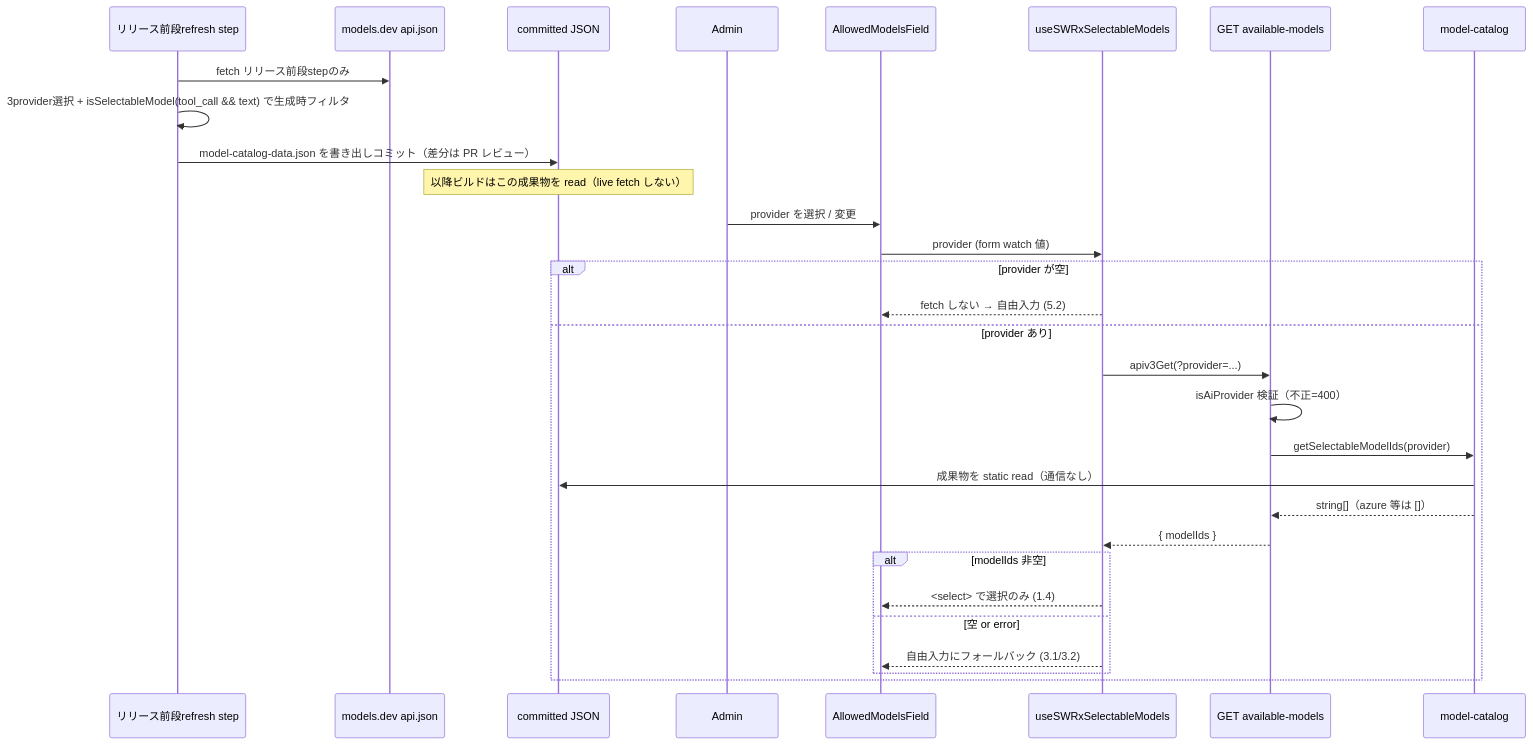
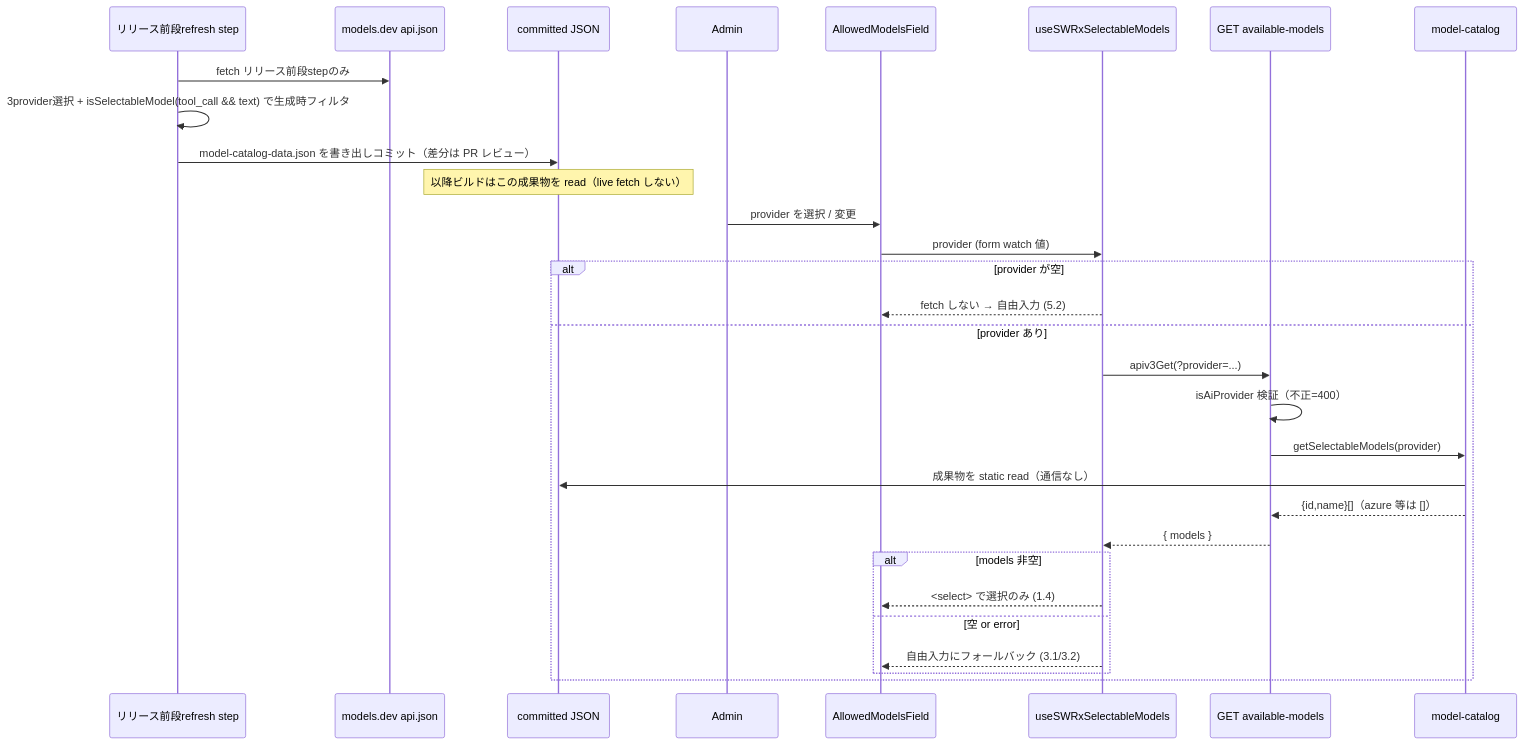
The second of 3 diagrams in .kiro/specs/ai-settings-model-picker/design.md (growilabs/growi), drawn with Mermaid before and after one commit. The commit also changed other lines of this file and 6 other files, not shown here.

First line of the commit message:
docs(kiro): sync AI model-catalog specs with the display-name change

````diff
--- a/.kiro/specs/ai-settings-model-picker/design.md
+++ b/.kiro/specs/ai-settings-model-picker/design.md
@@ -182,33 +182,33 @@
 ```mermaid
 sequenceDiagram
     participant Rel as リリース前段refresh step
     participant MD as models.dev api.json
     participant Repo as committed JSON
     Rel->>MD: fetch リリース前段stepのみ
     Rel->>Rel: 3provider選択 + isSelectableModel(tool_call && text) で生成時フィルタ
     Rel->>Repo: model-catalog-data.json を書き出しコミット（差分は PR レビュー）
     Note over Repo: 以降ビルドはこの成果物を read（live fetch しない）
 
     participant Admin
     participant Field as AllowedModelsField
     participant Hook as useSWRxSelectableModels
     participant API as GET available-models
     participant Cat as model-catalog
     Admin->>Field: provider を選択 / 変更
     Field->>Hook: provider (form watch 値)
     alt provider が空
         Hook-->>Field: fetch しない → 自由入力 (5.2)
     else provider あり
         Hook->>API: apiv3Get(?provider=...)
         API->>API: isAiProvider 検証（不正=400）
-        API->>Cat: getSelectableModelIds(provider)
+        API->>Cat: getSelectableModels(provider)
         Cat->>Repo: 成果物を static read（通信なし）
-        Cat-->>API: string[]（azure 等は []）
-        API-->>Hook: { modelIds }
-        alt modelIds 非空
+        Cat-->>API: {id,name}[]（azure 等は []）
+        API-->>Hook: { models }
+        alt models 非空
             Hook-->>Field: <select> で選択のみ (1.4)
         else 空 or error
             Hook-->>Field: 自由入力にフォールバック (3.1/3.2)
         end
     end
 ```
````
